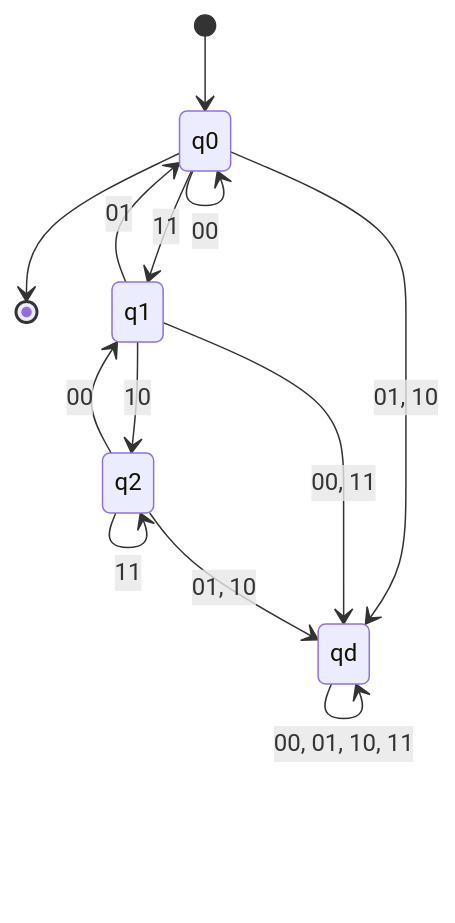
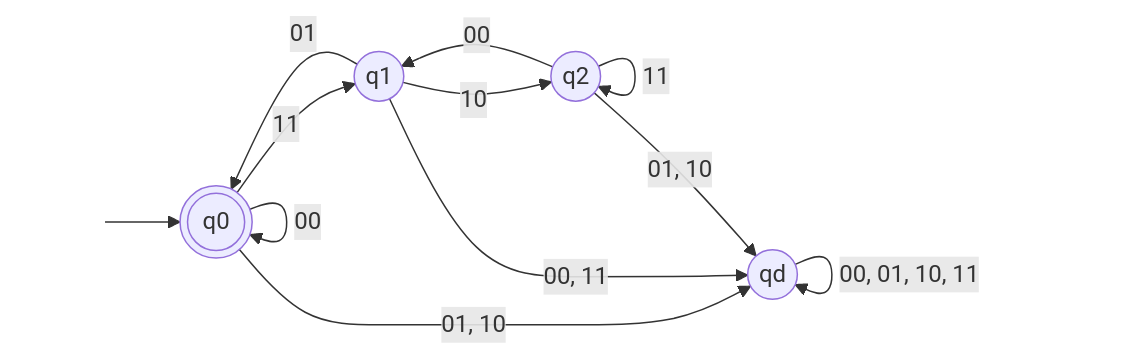
Before and after one commit to Myyura/the_kai_project: the second of 2 diagrams in docs/institute-of-science-tokyo/MCS/is/2017/is_201608_7.md, drawn with Mermaid. The commit also changed other lines of this file and 366 other files, not shown here.

````diff
--- a/docs/institute-of-science-tokyo/MCS/is/2017/is_201608_7.md
+++ b/docs/institute-of-science-tokyo/MCS/is/2017/is_201608_7.md
@@ -105,15 +142,18 @@
 ```mermaid
-stateDiagram-v2
-    [*] --> q0
-    q0 --> [*]
-    q0 --> q0: 00
-    q0 --> q1: 11
-    q0 --> qd: 01, 10
-    q1 --> q0: 01
-    q1 --> q2: 10
-    q1 --> qd: 00, 11
-    q2 --> q1: 00
-    q2 --> q2: 11
-    q2 --> qd: 01, 10
-    qd --> qd: 00, 01, 10, 11
+flowchart LR
+    start[" "] --> q0(((q0)))
+    q1((q1))
+    q2((q2))
+    qd((qd))
+    q0 -->|00| q0
+    q0 -->|11| q1
+    q0 -->|01, 10| qd
+    q1 -->|01| q0
+    q1 -->|10| q2
+    q1 -->|00, 11| qd
+    q2 -->|00| q1
+    q2 -->|11| q2
+    q2 -->|01, 10| qd
+    qd -->|00, 01, 10, 11| qd
+    style start fill:none,stroke:none
 ```
````
